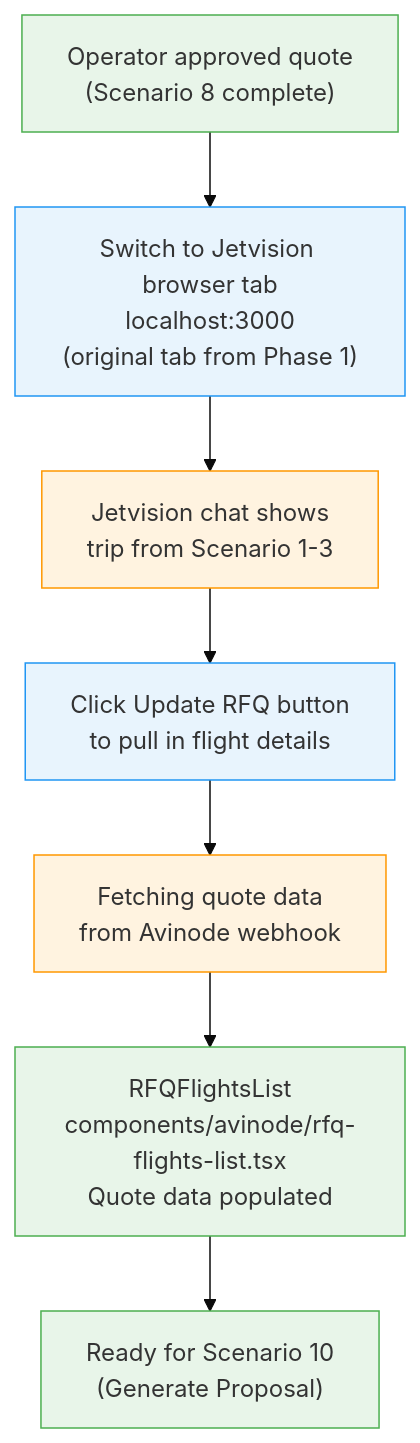
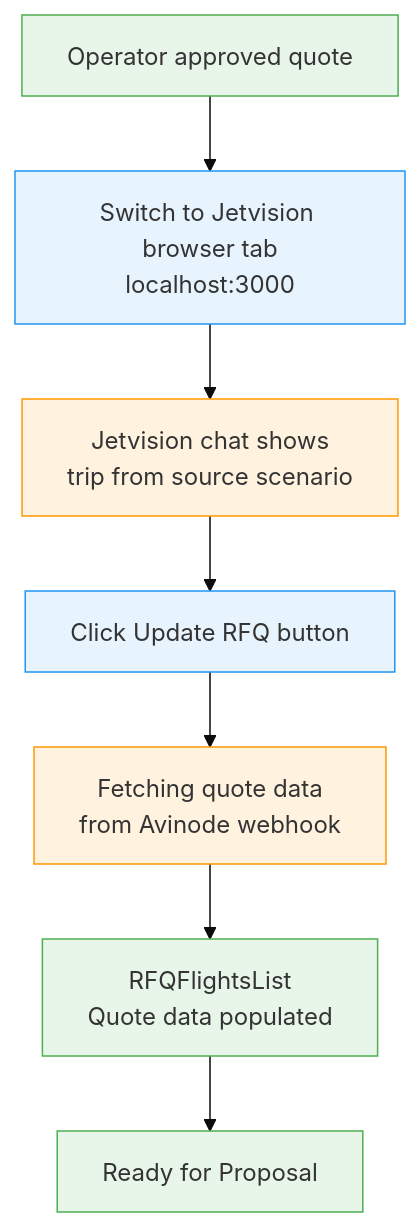
Before and after one commit to kingler/v0-jetvision-assistant: the sixth of 8 diagrams in .claude/commands/demo-record.md, drawn with Mermaid (base theme). The commit also changed other lines of this file and 18 other files, not shown here.

````diff
--- a/.claude/commands/demo-record.md
+++ b/.claude/commands/demo-record.md
@@ -764,17 +985,17 @@
 ```mermaid
 flowchart TD
-    A["Operator approved quote\n(Scenario 8 complete)"] --> B["Switch to Jetvision browser tab\nlocalhost:3000\n(original tab from Phase 1)"]
-    B --> C["Jetvision chat shows\ntrip from Scenario 1-3"]
-    C --> D["Click Update RFQ button\nto pull in flight details"]
+    A["Operator approved quote"] --> B["Switch to Jetvision browser tab\nlocalhost:3000"]
+    B --> C["Jetvision chat shows\ntrip from source scenario"]
+    C --> D["Click Update RFQ button"]
     D --> E["Fetching quote data\nfrom Avinode webhook"]
-    E --> F["RFQFlightsList\ncomponents/avinode/rfq-flights-list.tsx\nQuote data populated"]
-    F --> G["Ready for Scenario 10\n(Generate Proposal)"]
+    E --> F["RFQFlightsList\nQuote data populated"]
+    F --> G["Ready for Proposal"]
 
     style A fill:#e8f5e9,stroke:#4CAF50
     style B fill:#e8f4fd,stroke:#2196F3
     style C fill:#fff3e0,stroke:#FF9800
     style D fill:#e8f4fd,stroke:#2196F3
     style E fill:#fff3e0,stroke:#FF9800
     style F fill:#e8f5e9,stroke:#4CAF50
     style G fill:#e8f5e9,stroke:#4CAF50
 ```
````
